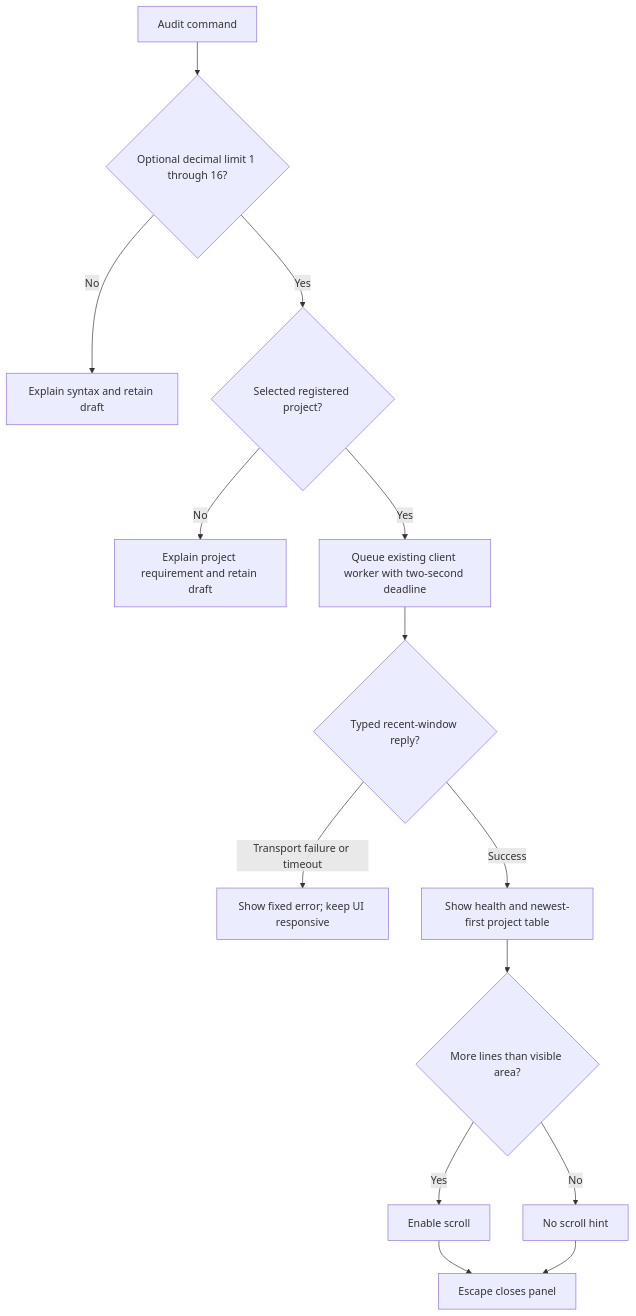
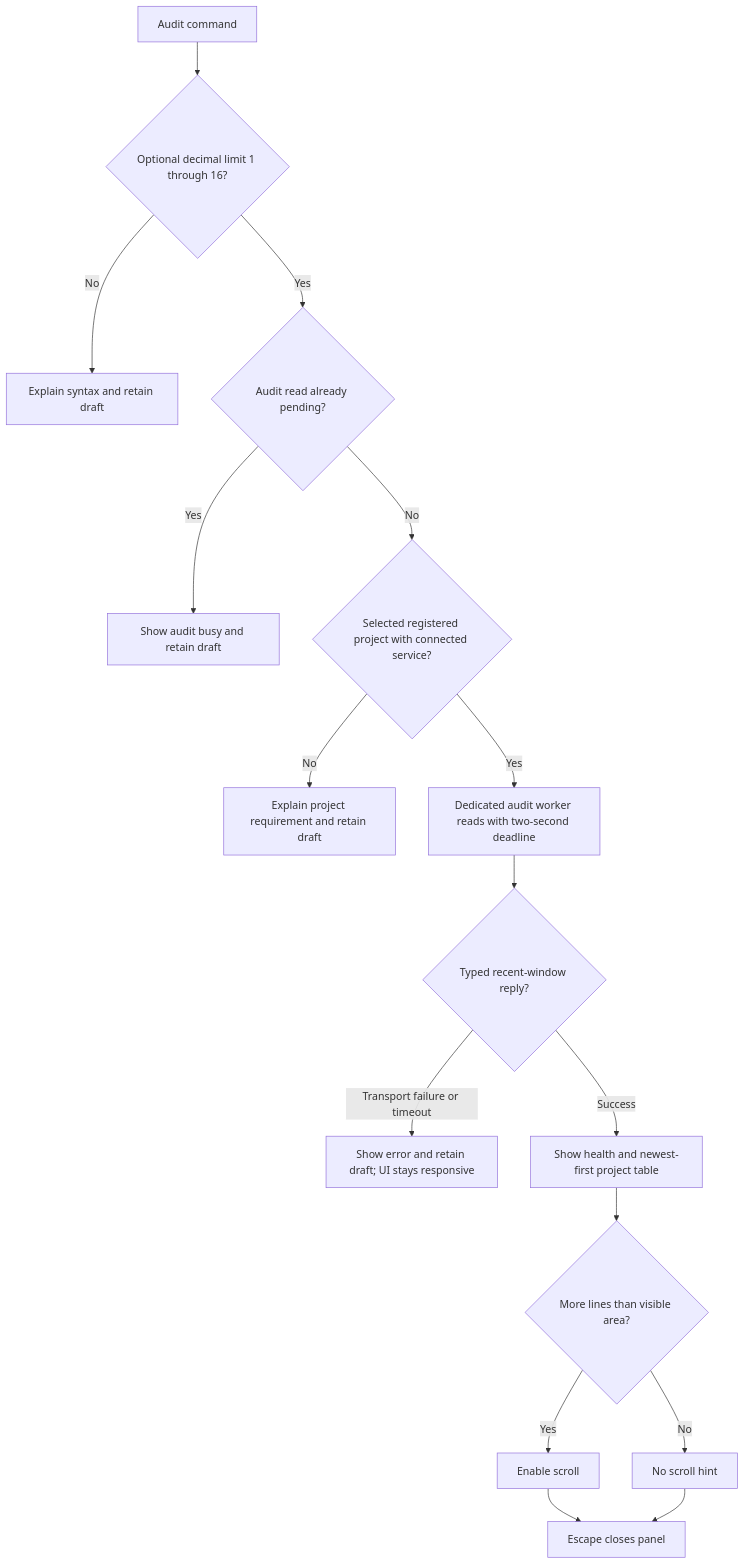
One commit to pidster/asura changed diagram 17 of 17 in docs/designs/command-flows.md. Above: the diagram before and after it, drawn with Mermaid. The commit also changed other lines of this file and 22 other files, not shown here.

````diff
--- a/docs/designs/command-flows.md
+++ b/docs/designs/command-flows.md
@@ -607,16 +622,18 @@
 ```mermaid
 flowchart TD
     Input[Audit command] --> Syntax{Optional decimal limit 1 through 16?}
     Syntax -->|No| Invalid[Explain syntax and retain draft]
-    Syntax -->|Yes| Project{Selected registered project?}
+    Syntax -->|Yes| Busy{Audit read already pending?}
+    Busy -->|Yes| Pending[Show audit busy and retain draft]
+    Busy -->|No| Project{Selected registered project with connected service?}
     Project -->|No| Missing[Explain project requirement and retain draft]
-    Project -->|Yes| Read[Queue existing client worker with two-second deadline]
+    Project -->|Yes| Read[Dedicated audit worker reads with two-second deadline]
     Read --> Reply{Typed recent-window reply?}
-    Reply -->|Transport failure or timeout| Failure[Show fixed error; keep UI responsive]
+    Reply -->|Transport failure or timeout| Failure[Show error and retain draft; UI stays responsive]
     Reply -->|Success| Panel[Show health and newest-first project table]
     Panel --> Size{More lines than visible area?}
     Size -->|Yes| Scroll[Enable scroll]
     Size -->|No| Static[No scroll hint]
     Scroll --> Escape[Escape closes panel]
     Static --> Escape
 ```
````
